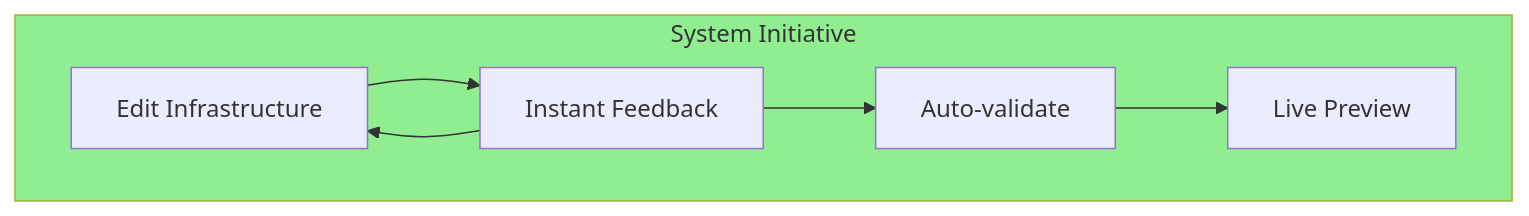
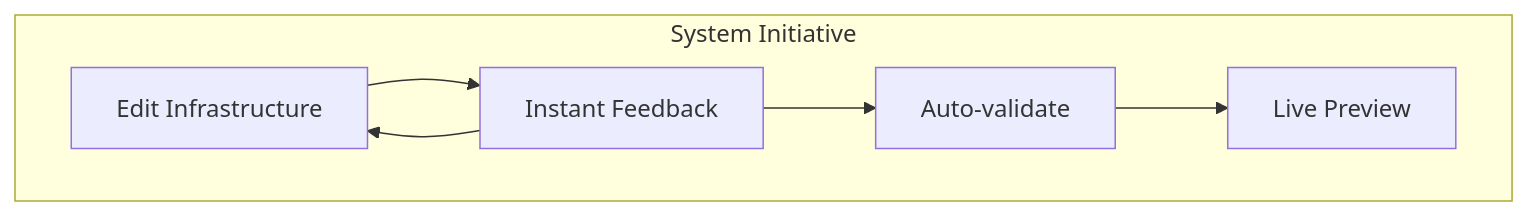
The third of 3 diagrams in pages/section-6.md (voioo/iac-pulumi-seminar), drawn with Mermaid before and after one commit. The commit also changed other lines of this file and 6 other files, not shown here.

````diff
--- a/pages/section-6.md
+++ b/pages/section-6.md
@@ -106,10 +104,9 @@
 ```mermaid {scale: 0.8}
 graph TB    
     subgraph Future ["System Initiative"]
         A2[Edit Infrastructure] --> B2[Instant Feedback]
         B2 --> A2
         B2 --> C2[Auto-validate]
         C2 --> D2[Live Preview]
     end
-    style Future fill:#90EE90
 ```
````
